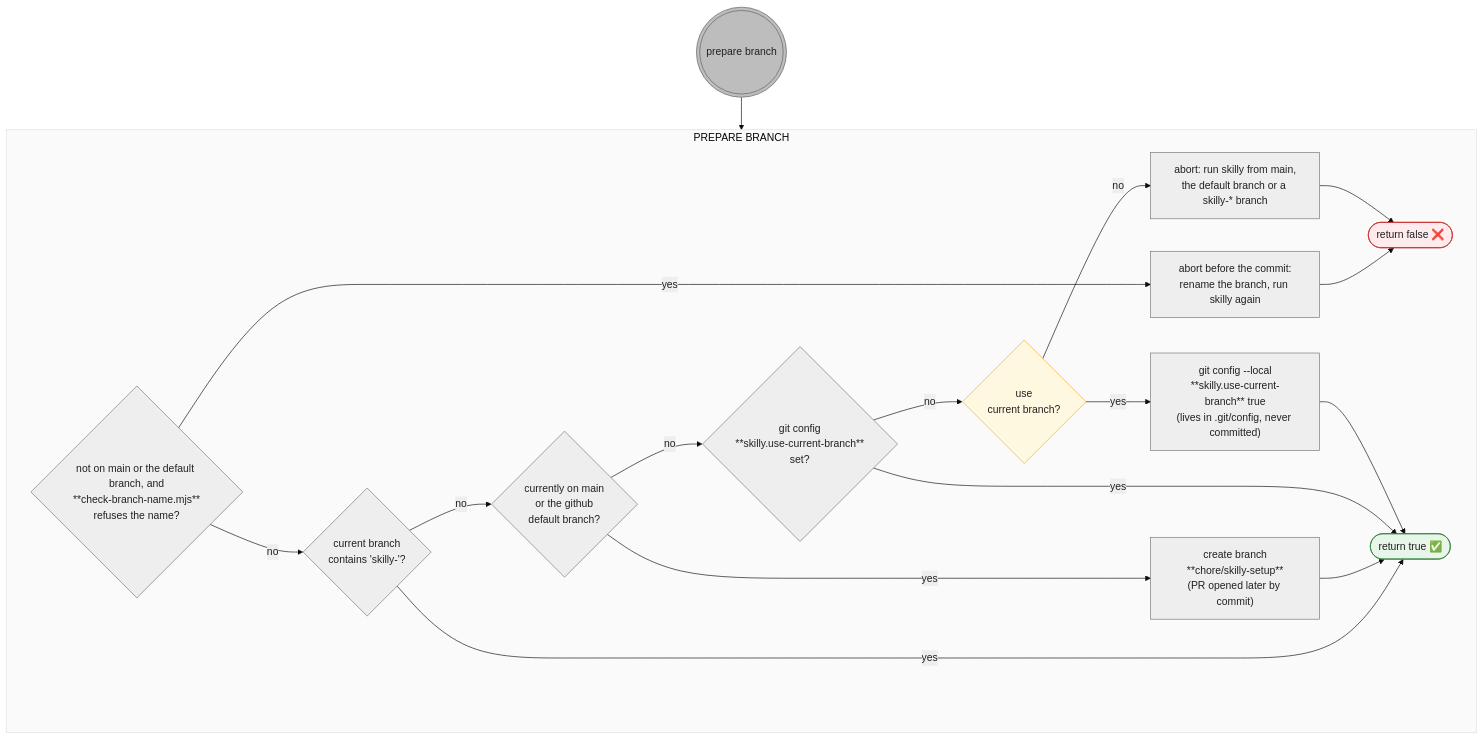
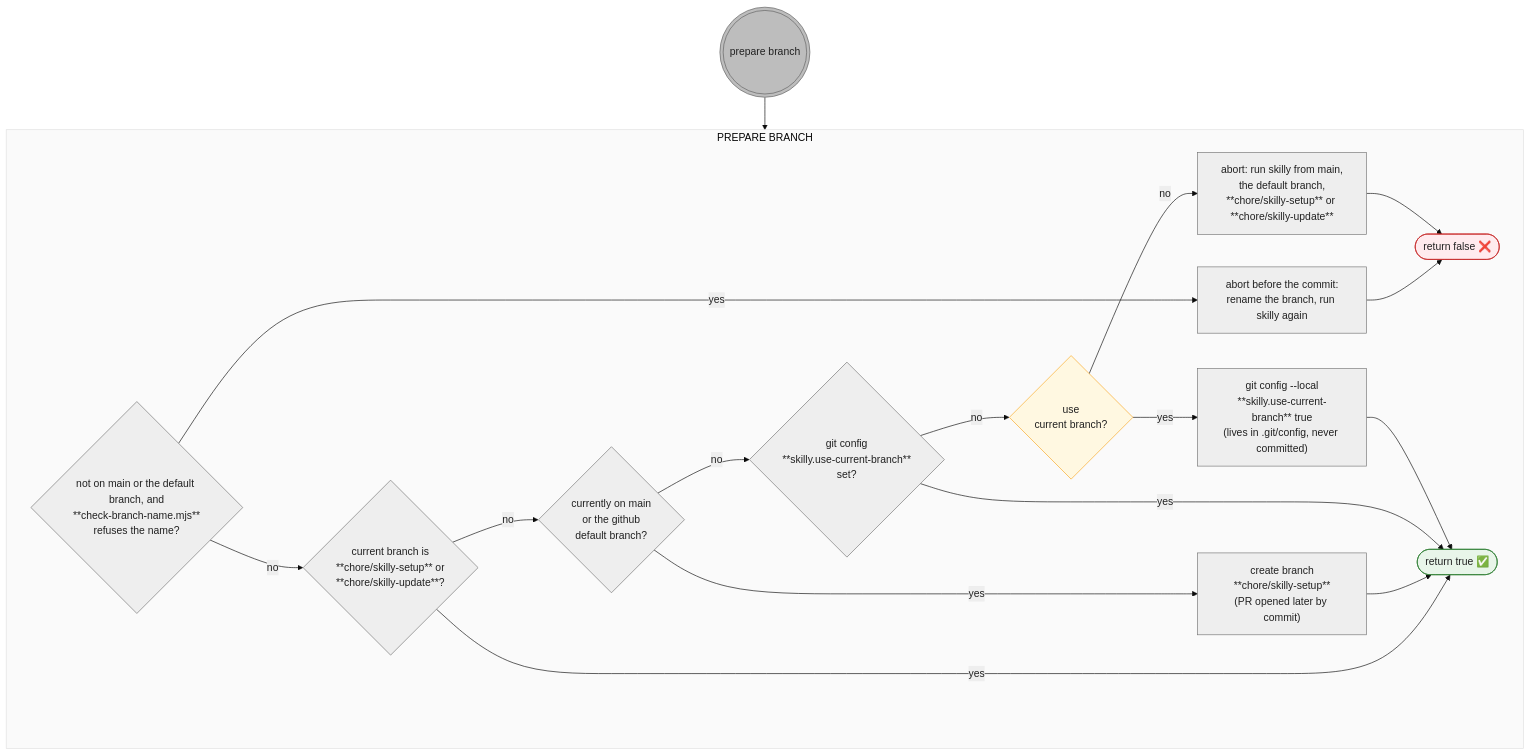
Before and after one commit to timschoch/skilly: the diagram in docs/prepare-branch.mmd, drawn with Mermaid. The commit also changed 3 other files, not shown here.

First line of the commit message:
fix(prepare-branch): match the skilly branches by exact name (#196)

```diff
--- a/docs/prepare-branch.mmd
+++ b/docs/prepare-branch.mmd
@@ -1,54 +1,54 @@
 ---
 config:
   theme: base
   themeVariables:
     primaryColor: "#eeeeee"
     primaryBorderColor: "#757575"
     primaryTextColor: "#212121"
     clusterBkg: "#fafafa"
     clusterBorder: "#e0e0e0"
 ---
 flowchart TD
     %% shapes: ((( ))) entry point · [/ \] user action (blue) · [ ] script action (gray) · { } decision (amber) · ([ ]) state (green)
 
     ENTER-EB((("prepare branch"))) --> EB
     subgraph EB["PREPARE BRANCH"]
         EBQ-NAME{"not on main or the default branch, and<br>**check-branch-name.mjs**<br>refuses the name?"}
             EBQ-NAME -->|yes| EB-NAME-ABORT["abort before the commit:<br>rename the branch, run skilly again"] --> EB-FALSE
             EBQ-NAME -->|no| EBQ1
 
-        EBQ1{"current branch<br>contains 'skilly-'?"}
+        EBQ1{"current branch is<br>**chore/skilly-setup** or<br>**chore/skilly-update**?"}
             EBQ1 -->|yes| EB-TRUE
             EBQ1 -->|no| EBQ-MAIN
 
             EBQ-MAIN{"currently on main<br>or the github<br>default branch?"}
                 EBQ-MAIN -->|yes| EB-CREATE["create branch<br>**chore/skilly-setup**<br>(PR opened later by commit)"] --> EB-TRUE
                 EBQ-MAIN -->|no| EBQ-CFG
 
             EBQ-CFG{"git config<br>**skilly.use-current-branch**<br>set?"}
                 EBQ-CFG -->|yes| EB-TRUE
                 EBQ-CFG -->|no| EBQ3
 
                 EBQ3{"use<br>current branch?"}
                     EBQ3 -->|yes| EB-SET-CFG
                     EBQ3 -->|no| EB-ABORT
                     EB-SET-CFG["git config --local<br>**skilly.use-current-branch** true<br>(lives in .git/config, never committed)"] --> EB-TRUE
 
         EB-TRUE(["return true ✅"])
-        EB-ABORT["abort: run skilly from main,<br>the default branch or a skilly-* branch"] --> EB-FALSE
+        EB-ABORT["abort: run skilly from main,<br>the default branch,<br>**chore/skilly-setup** or **chore/skilly-update**"] --> EB-FALSE
         EB-FALSE(["return false ❌"])
     end
 
 
     %% EBQ-NAME/EBQ1/EBQ-MAIN/EBQ-CFG are script checks -> default gray, not amber
     classDef decision fill:#fff8e1,stroke:#f9a825
     class EBQ3 decision
 
     classDef entry fill:#bdbdbd,stroke:#616161
     class ENTER-EB entry
 
     classDef ok fill:#e8f5e9,stroke:#2e7d32
     class EB-TRUE ok
 
     classDef fail fill:#ffebee,stroke:#c62828
     class EB-FALSE fail
```
